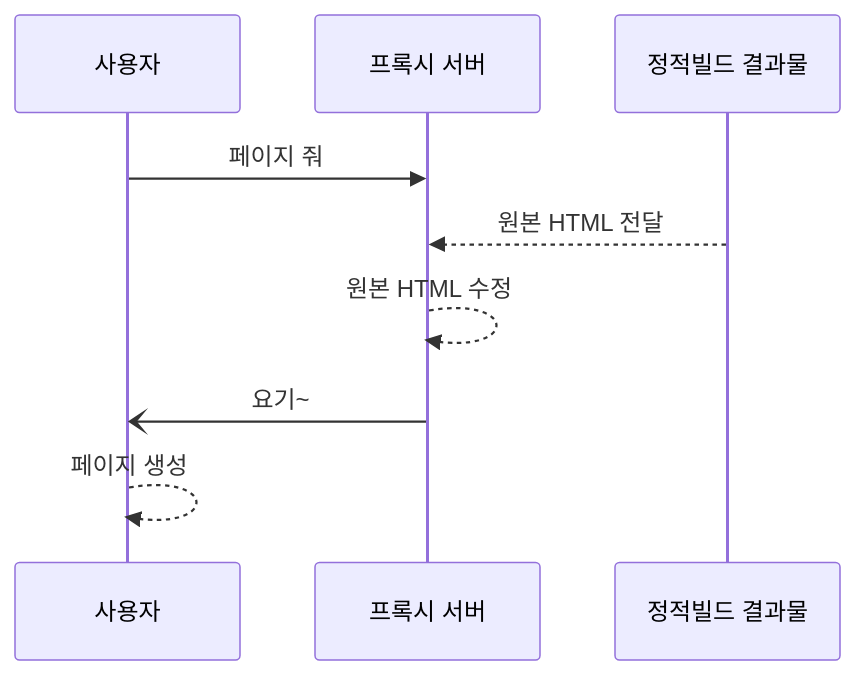
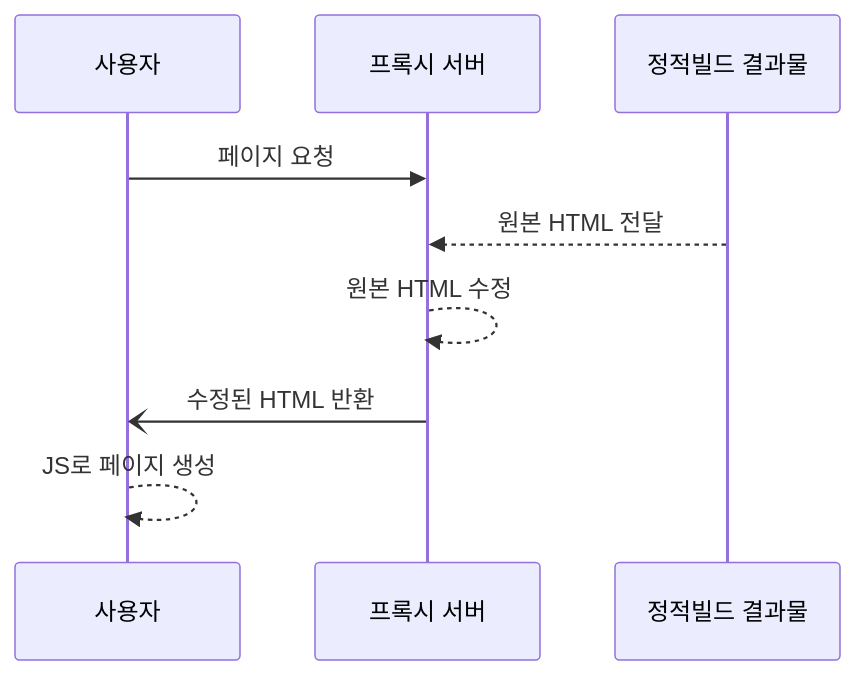
The diagram in blog/2023-07-24-seo-raise-click/index.md (hojunin/hjinn), drawn with Mermaid before and after one commit. The commit also changed other lines of this file and 9 other files, not shown here.

````diff
--- a/blog/2023-07-24-seo-raise-click/index.md
+++ b/blog/2023-07-24-seo-raise-click/index.md
@@ -44,8 +42,8 @@
 ```mermaid
 sequenceDiagram
-    사용자->>프록시 서버: 페이지 줘
+    사용자->>프록시 서버: 페이지 요청
     정적빌드 결과물 -->>프록시 서버: 원본 HTML 전달
     프록시 서버-->>프록시 서버 :원본 HTML 수정
-    프록시 서버-)사용자: 요기~
-		사용자 -->> 사용자 : 페이지 생성
+    프록시 서버-)사용자: 수정된 HTML 반환
+		사용자 -->> 사용자 : JS로 페이지 생성
 ```
````
